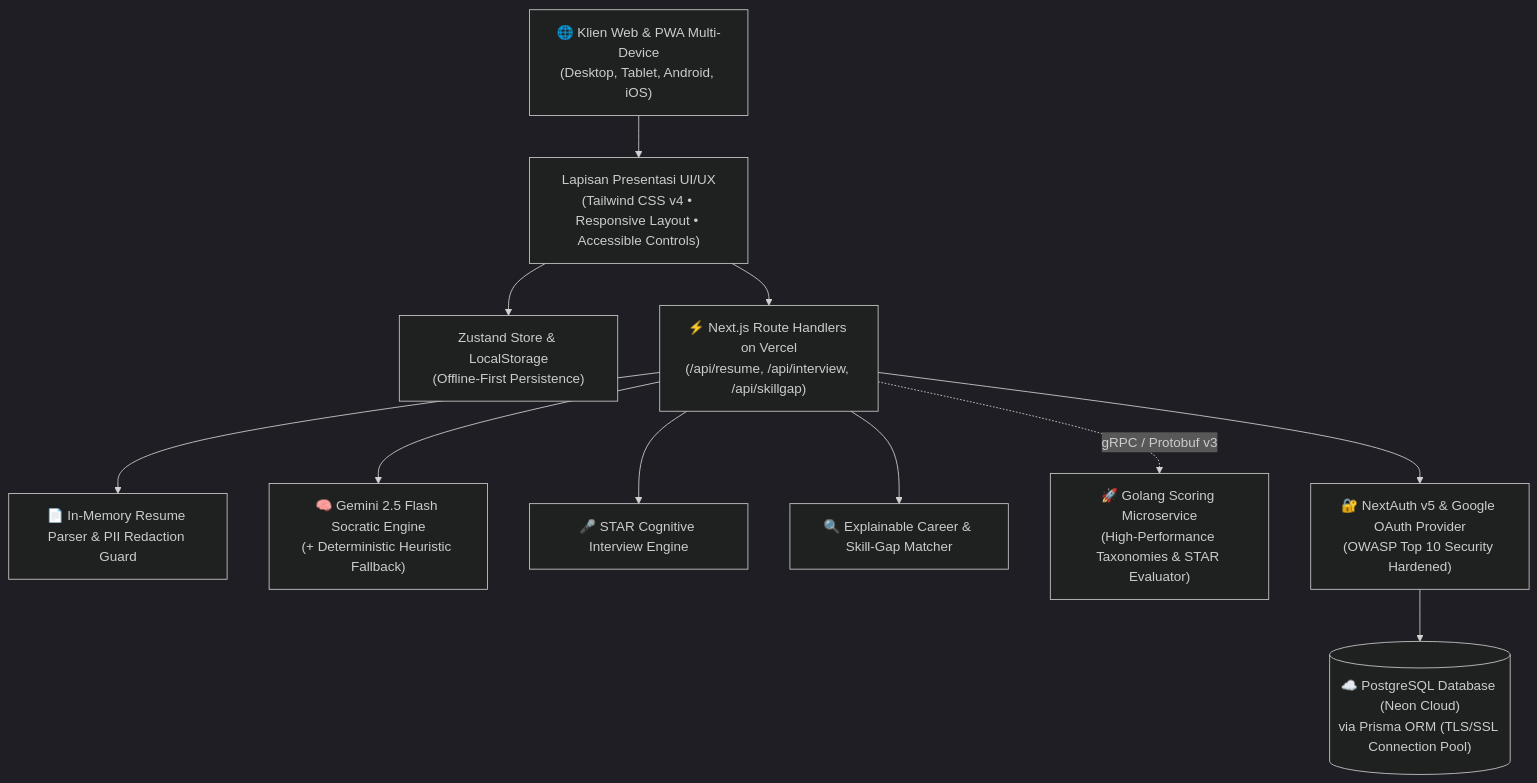
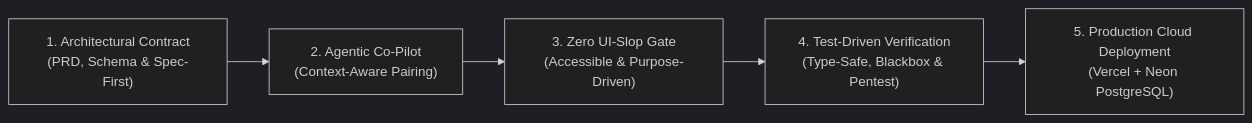
The second of 2 diagrams in PROPOSAL.md (rikiardiansyah-web/CareerStudentAI), drawn with Mermaid (dark theme) before and after one commit. The commit also changed other lines of this file and 2 other files, not shown here.

````diff
--- a/PROPOSAL.md
+++ b/PROPOSAL.md
@@ -212,17 +159,7 @@
 ```mermaid
-graph TD
-    Client["🌐 Klien Web & PWA Multi-Device\n(Desktop, Tablet, Android, iOS)"] --> UI["Lapisan Presentasi UI/UX\n(Tailwind CSS v4 • Responsive Layout • Accessible Controls)"]
-    UI --> Store["Zustand Store & LocalStorage\n(Offline-First Persistence)"]
-
-    UI --> EdgeAPI["⚡ Next.js Route Handlers on Vercel\n(/api/resume, /api/interview, /api/skillgap)"]
-
-    EdgeAPI --> Parser["📄 In-Memory Resume Parser & PII Redaction Guard"]
-    EdgeAPI --> GeminiAI["🧠 Gemini 2.5 Flash Socratic Engine\n(+ Deterministic Heuristic Fallback)"]
-    EdgeAPI --> STARSim["🎤 STAR Cognitive Interview Engine"]
-    EdgeAPI --> XAIMatch["🔍 Explainable Career & Skill-Gap Matcher"]
-
-    EdgeAPI -.->|"gRPC / Protobuf v3"| GoEngine["🚀 Golang Scoring Microservice\n(High-Performance Taxonomies & STAR Evaluator)"]
-
-    EdgeAPI --> AuthSecurity["🔐 NextAuth v5 & Google OAuth Provider\n(OWASP Top 10 Security Hardened)"]
-    AuthSecurity --> CloudDB[("☁️ PostgreSQL Database (Neon Cloud)\nvia Prisma ORM (TLS/SSL Connection Pool)")]
+flowchart LR
+    A["1. Architectural Contract\n(PRD, Schema & Spec-First)"] --> B["2. Agentic Co-Pilot\n(Context-Aware Pairing)"]
+    B --> C["3. Zero UI-Slop Gate\n(Accessible & Purpose-Driven)"]
+    C --> D["4. Test-Driven Verification\n(Type-Safe, Blackbox & Pentest)"]
+    D --> E["5. Production Cloud Deployment\n(Vercel + Neon PostgreSQL)"]
 ```
````
